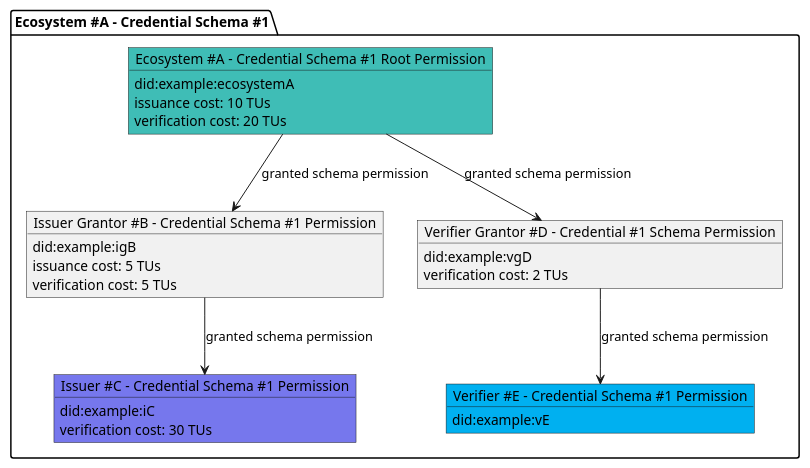
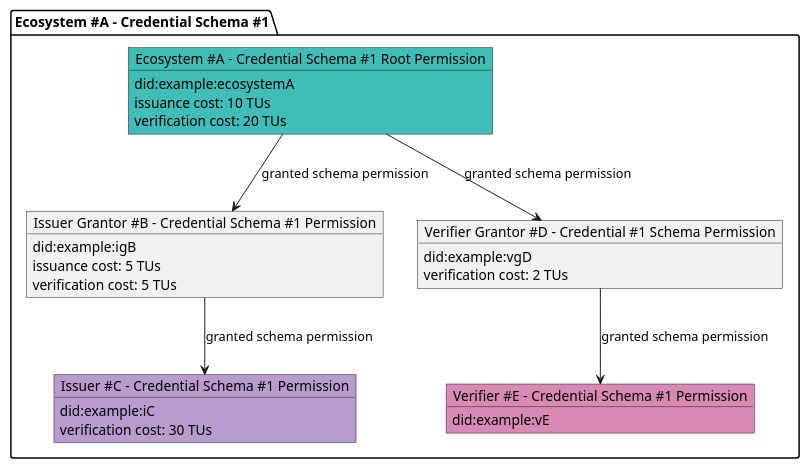
The first of 3 diagrams in docs/learn/verifiable-public-registry/70-credential-monetization.md (verana-labs/verana-docs), drawn with PlantUML before and after one commit. The commit also changed other lines of this file and 5 other files, not shown here.

````diff
--- a/docs/learn/verifiable-public-registry/70-credential-monetization.md
+++ b/docs/learn/verifiable-public-registry/70-credential-monetization.md
@@ -9,41 +9,41 @@
 ```plantuml
 
 @startuml
 scale max 800 width
  
 package "Ecosystem #A - Credential Schema #1" as cs {
 
     object "Ecosystem #A - Credential Schema #1 Root Permission" as tr #3fbdb6 {
         did:example:ecosystemA
         issuance cost: 10 TUs
         verification cost: 20 TUs
     }
     object "Issuer Grantor #B - Credential Schema #1 Permission" as ig {
         did:example:igB
         issuance cost: 5 TUs
         verification cost: 5 TUs
     }
-    object "Issuer #C - Credential Schema #1 Permission" as issuer #7677ed  {
+    object "Issuer #C - Credential Schema #1 Permission" as issuer #b99bce  {
         did:example:iC
         verification cost: 30 TUs
     }
     object "Verifier Grantor #D - Credential #1 Schema Permission" as vg {
         did:example:vgD
         verification cost: 2 TUs
     }
-    object "Verifier #E - Credential Schema #1 Permission" as verifier #00b0f0 {
+    object "Verifier #E - Credential Schema #1 Permission" as verifier #D88AB3 {
         did:example:vE
     }
 }
 
 
 
 tr --> ig : granted schema permission
 ig --> issuer : granted schema permission
 
 tr --> vg : granted schema permission
 vg --> verifier : granted schema permission
 
 @enduml
 
 ```
````
